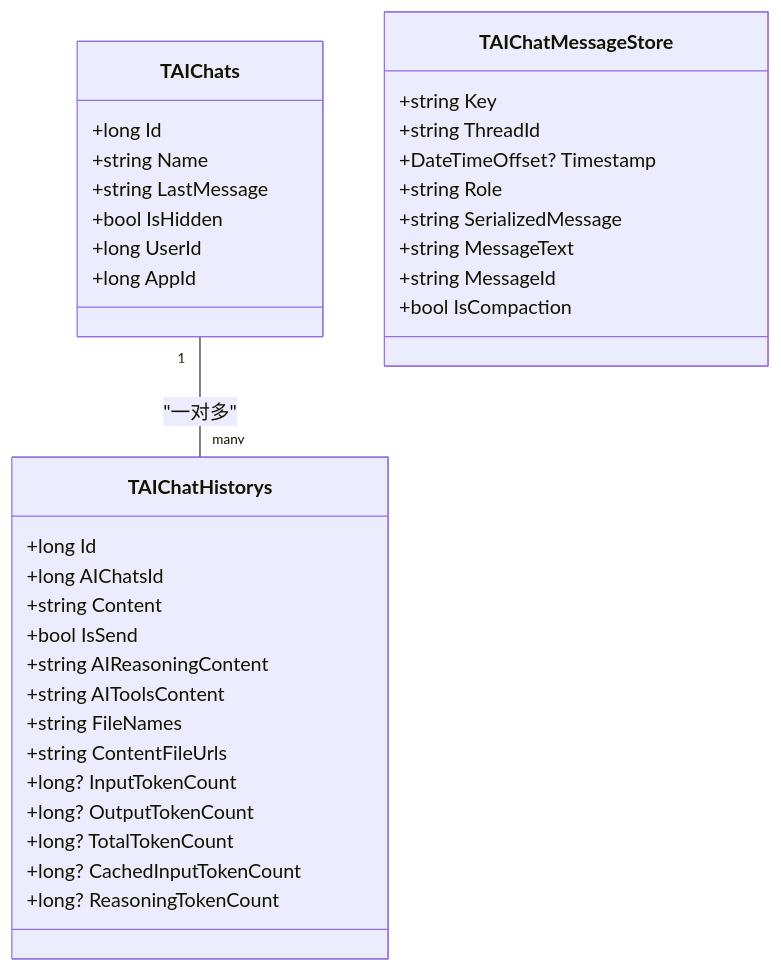
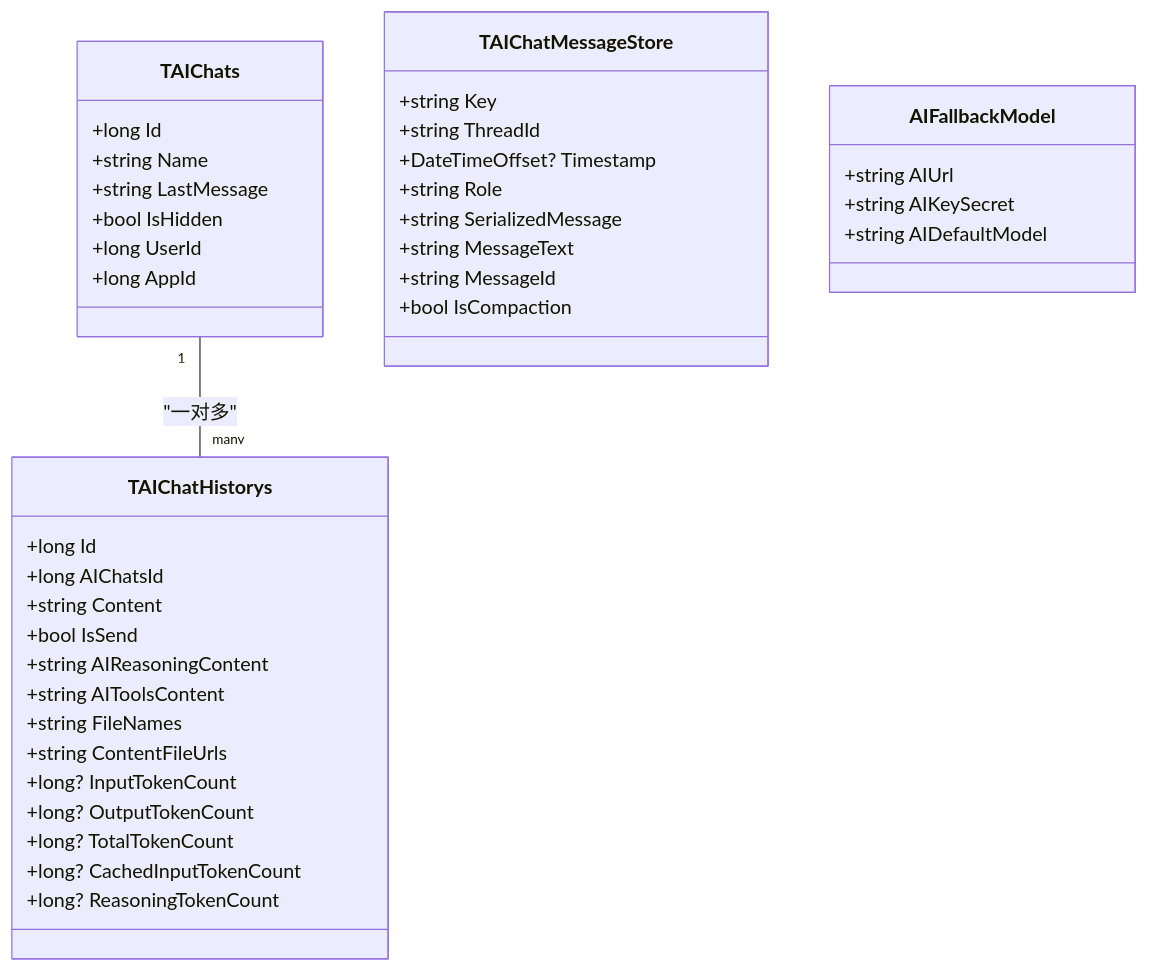
The fifth of 7 diagrams in .qoder/repowiki/zh/content/核心模块/AI智能助手/聊天对话.md (junkai-li/NetCoreKevin), drawn with Mermaid before and after one commit. The commit also changed other lines of this file and 7 other files, not shown here.

````diff
--- a/.qoder/repowiki/zh/content/核心模块/AI智能助手/聊天对话.md
+++ b/.qoder/repowiki/zh/content/核心模块/AI智能助手/聊天对话.md
@@ -193,37 +229,42 @@
 ```mermaid
 classDiagram
 class TAIChats {
 +long Id
 +string Name
 +string LastMessage
 +bool IsHidden
 +long UserId
 +long AppId
 }
 class TAIChatHistorys {
 +long Id
 +long AIChatsId
 +string Content
 +bool IsSend
 +string AIReasoningContent
 +string AIToolsContent
 +string FileNames
 +string ContentFileUrls
 +long? InputTokenCount
 +long? OutputTokenCount
 +long? TotalTokenCount
 +long? CachedInputTokenCount
 +long? ReasoningTokenCount
 }
 class TAIChatMessageStore {
 +string Key
 +string ThreadId
 +DateTimeOffset? Timestamp
 +string Role
 +string SerializedMessage
 +string MessageText
 +string MessageId
 +bool IsCompaction
 }
+class AIFallbackModel {
++string AIUrl
++string AIKeySecret
++string AIDefaultModel
+}
 TAIChats "1" -- "many" TAIChatHistorys : "一对多"
 ```
````
